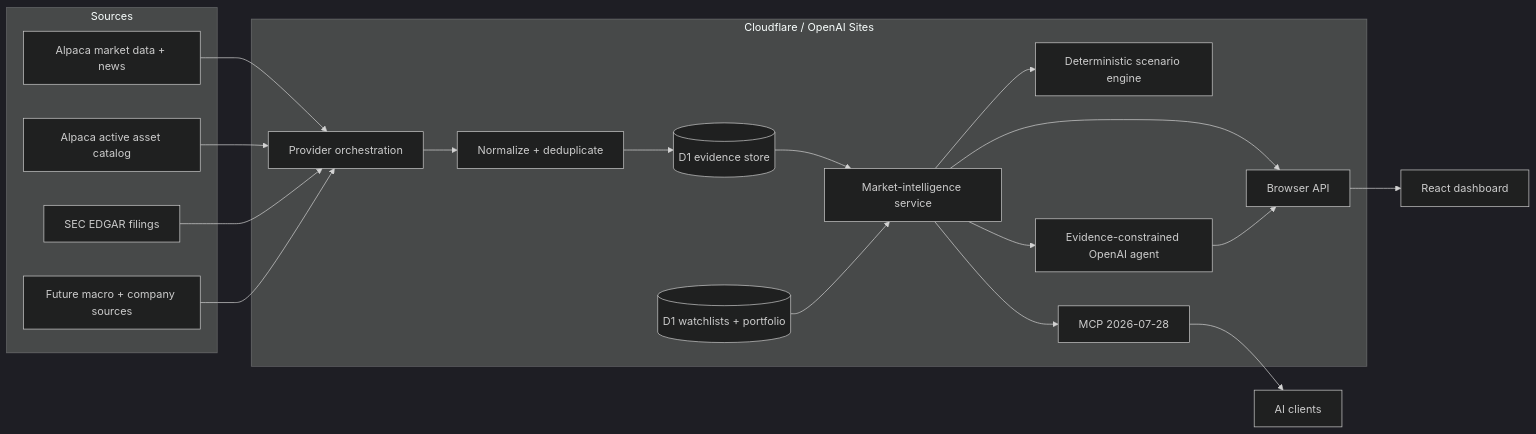
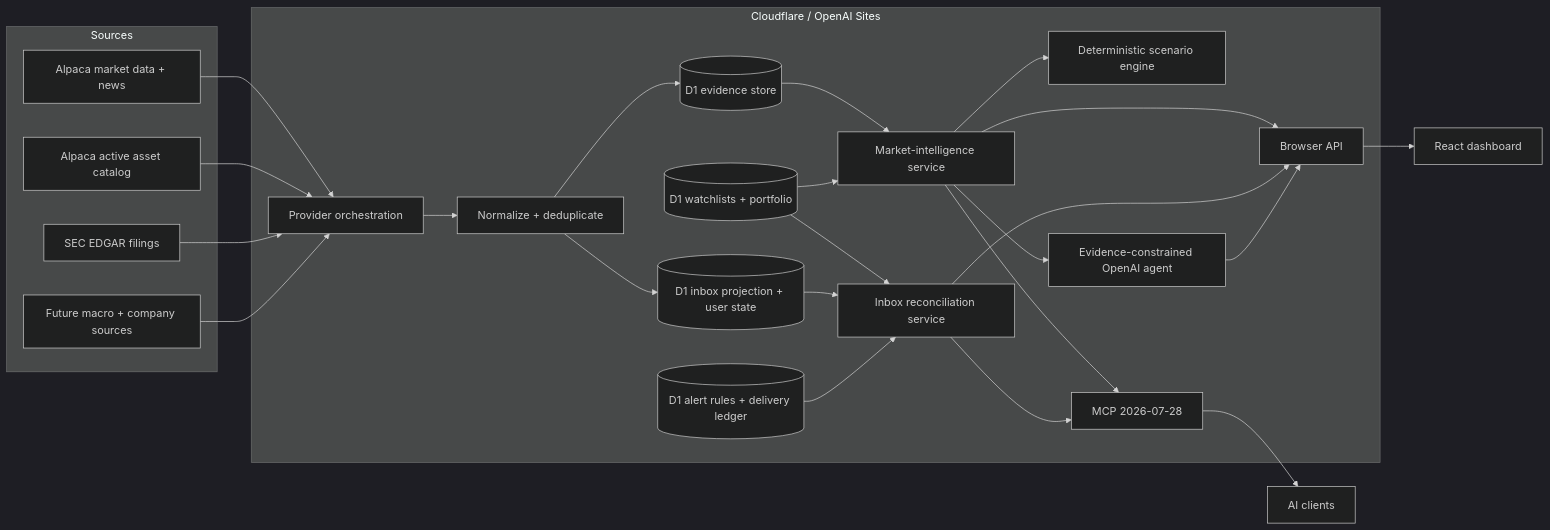
Before and after one commit to jonxsong/Omnigaze: the diagram in docs/architecture.md, drawn with Mermaid (dark theme). The commit also changed other lines of this file and 44 other files, not shown here.

Commit message:
feat: ship durable intelligence inbox and alert rules

````diff
--- a/docs/architecture.md
+++ b/docs/architecture.md
@@ -5,37 +5,46 @@
 ```mermaid
 flowchart LR
   subgraph Sources
     Alpaca[Alpaca market data + news]
     Assets[Alpaca active asset catalog]
     SEC[SEC EDGAR filings]
     Future[Future macro + company sources]
   end
 
   subgraph Edge[Cloudflare / OpenAI Sites]
     Ingest[Provider orchestration]
     Normalize[Normalize + deduplicate]
     D1[(D1 evidence store)]
     Portfolio[(D1 watchlists + portfolio)]
+    Inbox[(D1 inbox projection + user state)]
+    Alerts[(D1 alert rules + delivery ledger)]
     Domain[Market-intelligence service]
+    InboxService[Inbox reconciliation service]
     Scenarios[Deterministic scenario engine]
     Agent[Evidence-constrained OpenAI agent]
     API[Browser API]
     MCP[MCP 2026-07-28]
   end
 
   UI[React dashboard]
   Clients[AI clients]
 
   Alpaca --> Ingest
   Assets --> Ingest
   SEC --> Ingest
   Future --> Ingest
   Ingest --> Normalize --> D1
+  Normalize --> Inbox
+  Portfolio --> InboxService
+  Inbox --> InboxService
+  Alerts --> InboxService
   D1 --> Domain
   Portfolio --> Domain
   Domain --> Scenarios
   Domain --> Agent
   Domain --> API --> UI
+  InboxService --> API
   Agent --> API
   Domain --> MCP --> Clients
+  InboxService --> MCP
 ```
````
